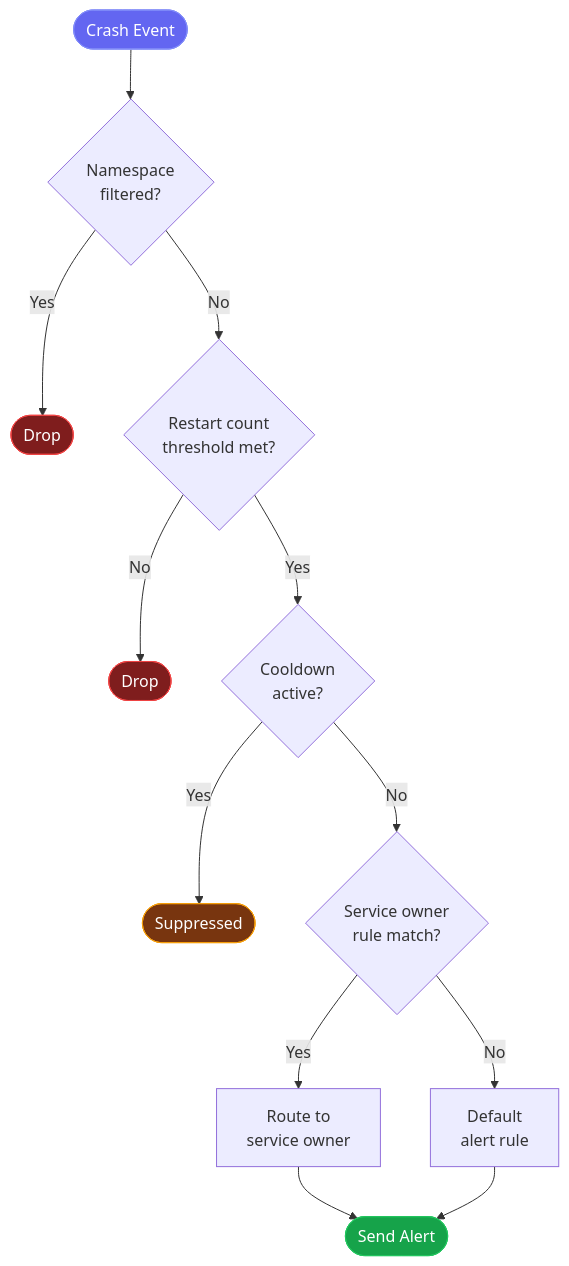
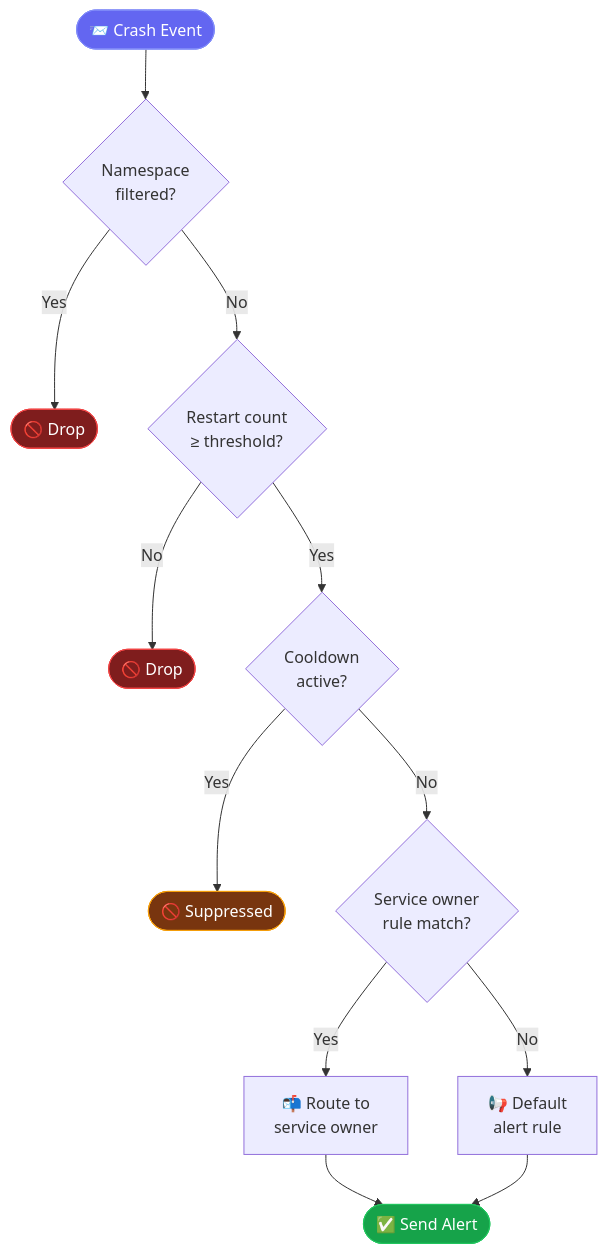
The fourth of 10 diagrams in README.md (Akshatsainiaks/srevox), drawn with Mermaid before and after one commit. The commit also changed other lines of this file, not shown here.

````diff
--- a/README.md
+++ b/README.md
@@ -583,19 +583,19 @@
 ```mermaid
 flowchart TD
-    E([Crash Event]) --> F1{Namespace\nfiltered?}
-    F1 -->|Yes| DROP1([Drop])
-    F1 -->|No| F2{Restart count\nthreshold met?}
-    F2 -->|No| DROP2([Drop])
+    E([📨 Crash Event]) --> F1{Namespace\nfiltered?}
+    F1 -->|Yes| DROP1([🚫 Drop])
+    F1 -->|No| F2{Restart count\n≥ threshold?}
+    F2 -->|No| DROP2([🚫 Drop])
     F2 -->|Yes| F3{Cooldown\nactive?}
-    F3 -->|Yes| DROP3([Suppressed])
+    F3 -->|Yes| DROP3([🚫 Suppressed])
     F3 -->|No| F4{Service owner\nrule match?}
-    F4 -->|Yes| OWN[Route to\nservice owner]
-    F4 -->|No| DEF[Default\nalert rule]
-    OWN & DEF --> SEND([Send Alert])
+    F4 -->|Yes| OWN[📬 Route to\nservice owner]
+    F4 -->|No| DEF[📢 Default\nalert rule]
+    OWN & DEF --> SEND([✅ Send Alert])
 
     style E fill:#6366f1,stroke:#818cf8,color:#fff
     style SEND fill:#16a34a,stroke:#22c55e,color:#fff
     style DROP1 fill:#7f1d1d,stroke:#ef4444,color:#fff
     style DROP2 fill:#7f1d1d,stroke:#ef4444,color:#fff
     style DROP3 fill:#78350f,stroke:#f59e0b,color:#fff
 ```
````
